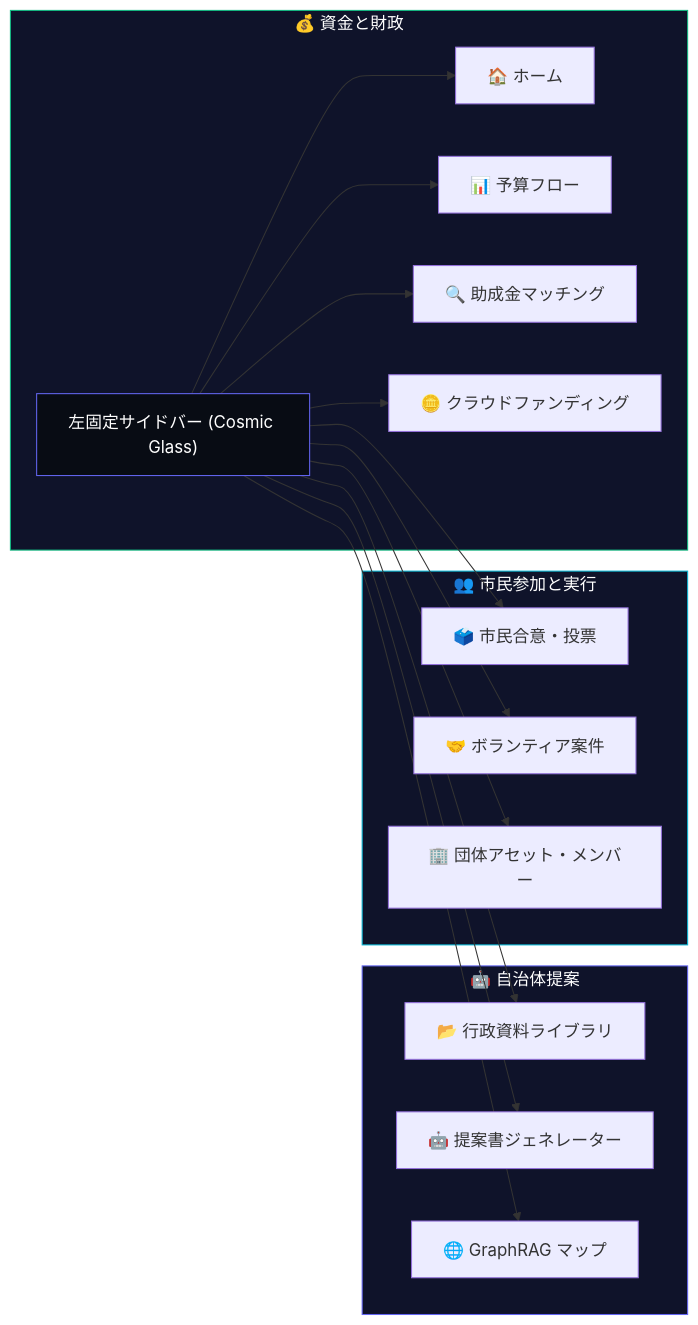
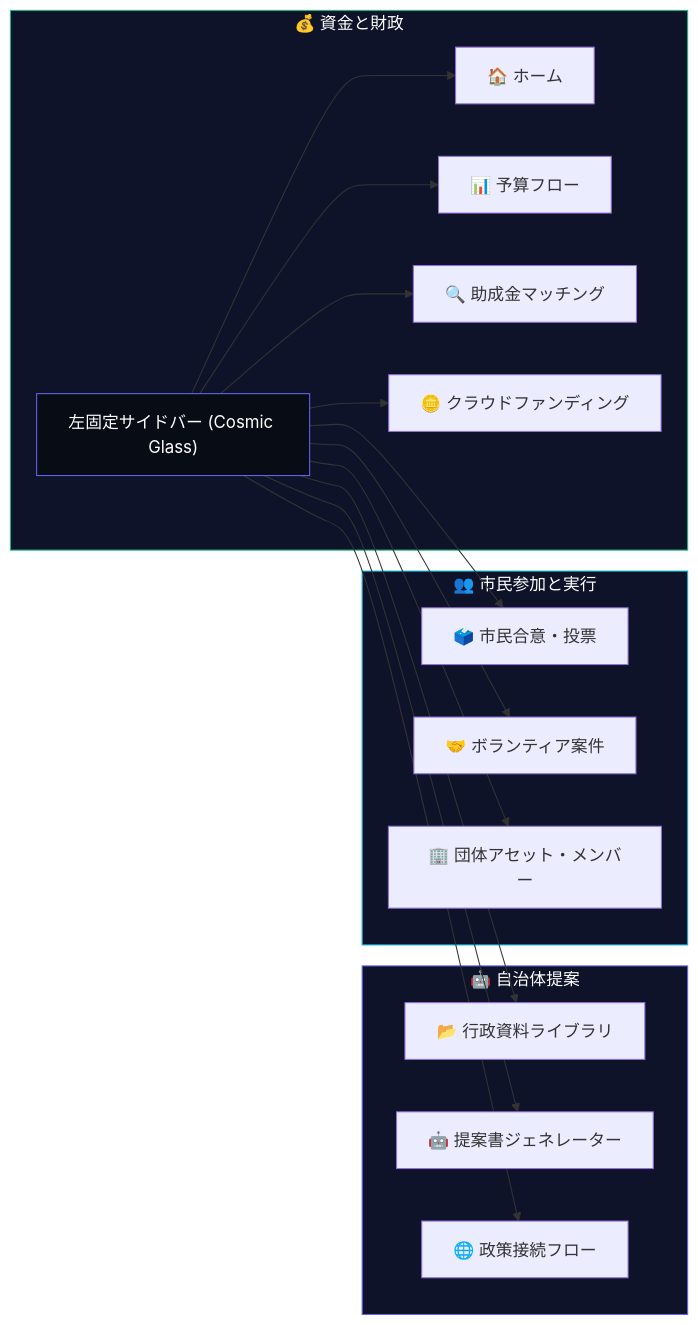
One commit to t012093/auto-grants-integrated changed the third of 3 diagrams in docs/architecture.md. Above: the diagram before and after it, drawn with Mermaid. The commit also changed 2 other files, not shown here.

Commit message:
docs: Redesign GraphRAG Map to 2D Policy Connection Flow

````diff
--- a/docs/architecture.md
+++ b/docs/architecture.md
@@ -160,28 +160,28 @@
 ```mermaid
 graph LR
     NAV["左固定サイドバー (Cosmic Glass)"]
 
     subgraph Section1["💰 資金と財政"]
         NAV --> SB_DASH["🏠 ホーム"]
         NAV --> SB_FLOW["📊 予算フロー"]
         NAV --> SB_APPS["🔍 助成金マッチング"]
         NAV --> SB_CF["🪙 クラウドファンディング"]
     end
 
     subgraph Section2["🤖 自治体提案"]
         NAV --> SB_DOCS["📂 行政資料ライブラリ"]
         NAV --> SB_PROP["🤖 提案書ジェネレーター"]
-        NAV --> SB_GRAG["🌐 GraphRAG マップ"]
+        NAV --> SB_FLOW_MAP["🌐 政策接続フロー"]
     end
 
     subgraph Section3["👥 市民参加と実行"]
         NAV --> SB_DELIB["🗳️ 市民合意・投票"]
         NAV --> SB_PROJ["🤝 ボランティア案件"]
         NAV --> SB_ORG["🏢 団体アセット・メンバー"]
     end
 
     style NAV fill:#080c14,stroke:#6366f1,color:#fff
     style Section1 fill:#0f132a,stroke:#10b981,color:#fff
     style Section2 fill:#0f132a,stroke:#6366f1,color:#fff
     style Section3 fill:#0f132a,stroke:#06b6d4,color:#fff
 ```
````
